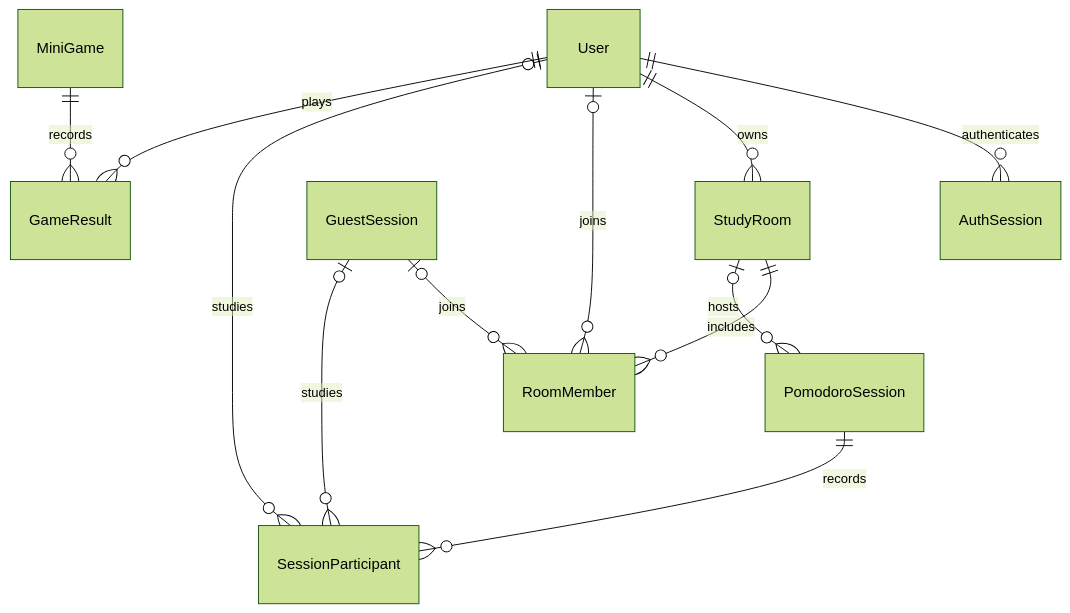
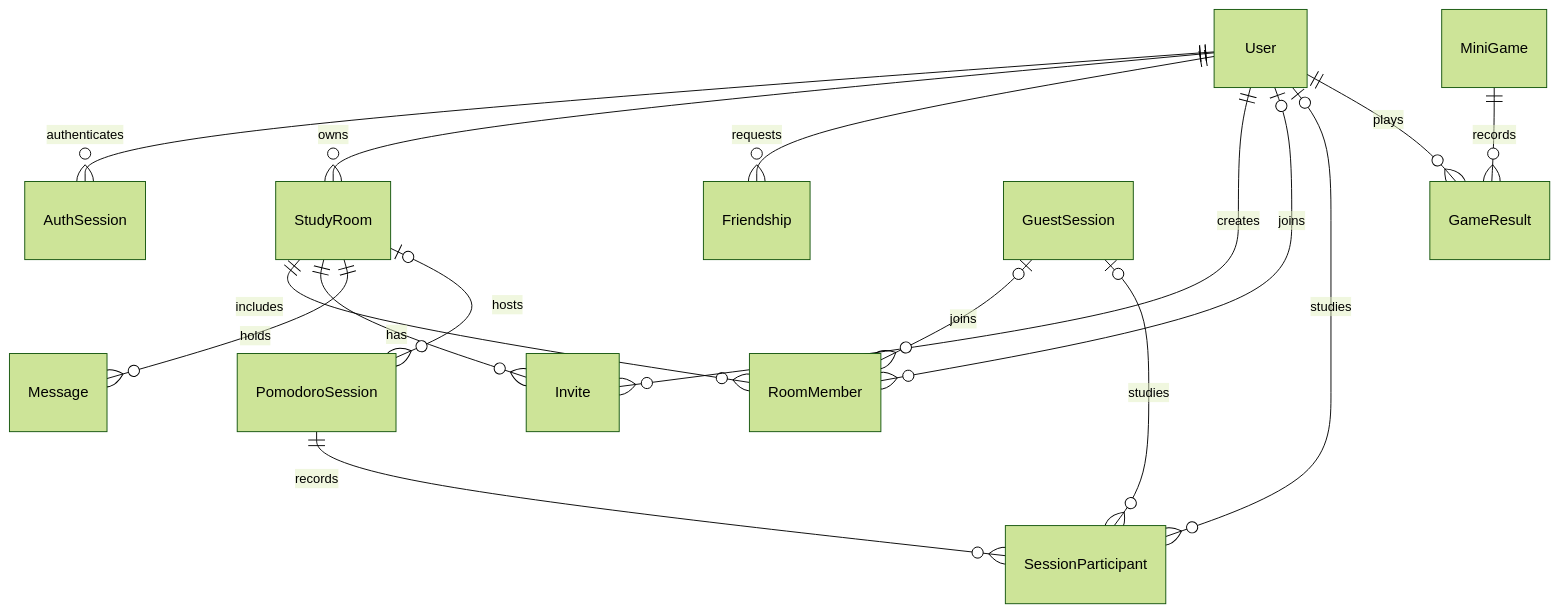
The diagram in backend/docs/backend.md (marcosls13/WePomodoro), drawn with Mermaid (forest theme) before and after one commit. The commit also changed other lines of this file and 11 other files, not shown here.

````diff
--- a/backend/docs/backend.md
+++ b/backend/docs/backend.md
@@ -365,14 +386,18 @@
 ```mermaid
 erDiagram
   User ||--o{ AuthSession : authenticates
   User ||--o{ StudyRoom : owns
   StudyRoom ||--o{ RoomMember : includes
+  StudyRoom ||--o{ Invite : has
+  StudyRoom ||--o{ Message : holds
+  User ||--o{ Friendship : requests
+  User ||--o{ Invite : creates
   User o|--o{ RoomMember : joins
   GuestSession o|--o{ RoomMember : joins
   StudyRoom o|--o{ PomodoroSession : hosts
   PomodoroSession ||--o{ SessionParticipant : records
   User o|--o{ SessionParticipant : studies
   GuestSession o|--o{ SessionParticipant : studies
   User ||--o{ GameResult : plays
   MiniGame ||--o{ GameResult : records
 ```
````
